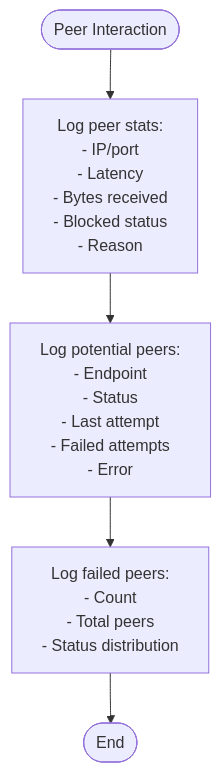
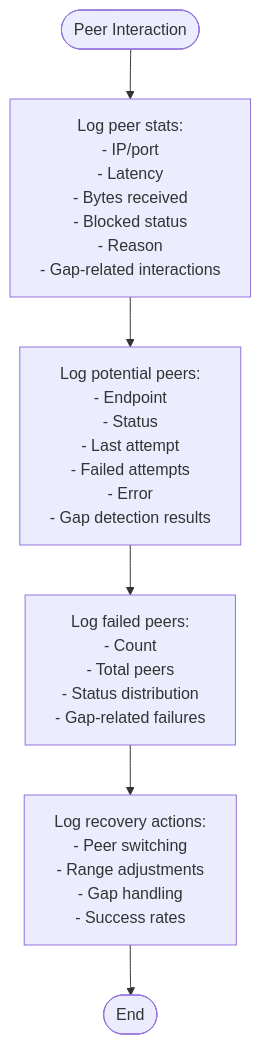
Diagram 23 of 32 in .qoder/repowiki/en/content/P2p Plugin.md (VIZ-Blockchain/viz-cpp-node), drawn with Mermaid before and after one commit. The commit also changed other lines of this file and 5 other files, not shown here.

First line of the commit message:
feat(dlt_block_log): add reset method and automatic gap recovery system

````diff
--- a/.qoder/repowiki/en/content/P2p Plugin.md
+++ b/.qoder/repowiki/en/content/P2p Plugin.md
@@ -629,7 +874,8 @@
 ```mermaid
 flowchart TD
-Start([Peer Interaction]) --> LogPeerStats["Log peer stats:<br/>- IP/port<br/>- Latency<br/>- Bytes received<br/>- Blocked status<br/>- Reason"]
-LogPeerStats --> LogPotential["Log potential peers:<br/>- Endpoint<br/>- Status<br/>- Last attempt<br/>- Failed attempts<br/>- Error"]
-LogPotential --> LogFailed["Log failed peers:<br/>- Count<br/>- Total peers<br/>- Status distribution"]
-LogFailed --> End([End])
+Start([Peer Interaction]) --> LogPeerStats["Log peer stats:<br/>- IP/port<br/>- Latency<br/>- Bytes received<br/>- Blocked status<br/>- Reason<br/>- Gap-related interactions"]
+LogPeerStats --> LogPotential["Log potential peers:<br/>- Endpoint<br/>- Status<br/>- Last attempt<br/>- Failed attempts<br/>- Error<br/>- Gap detection results"]
+LogPotential --> LogFailed["Log failed peers:<br/>- Count<br/>- Total peers<br/>- Status distribution<br/>- Gap-related failures"]
+LogFailed --> LogRecovery["Log recovery actions:<br/>- Peer switching<br/>- Range adjustments<br/>- Gap handling<br/>- Success rates"]
+LogRecovery --> End([End])
 ```
````
